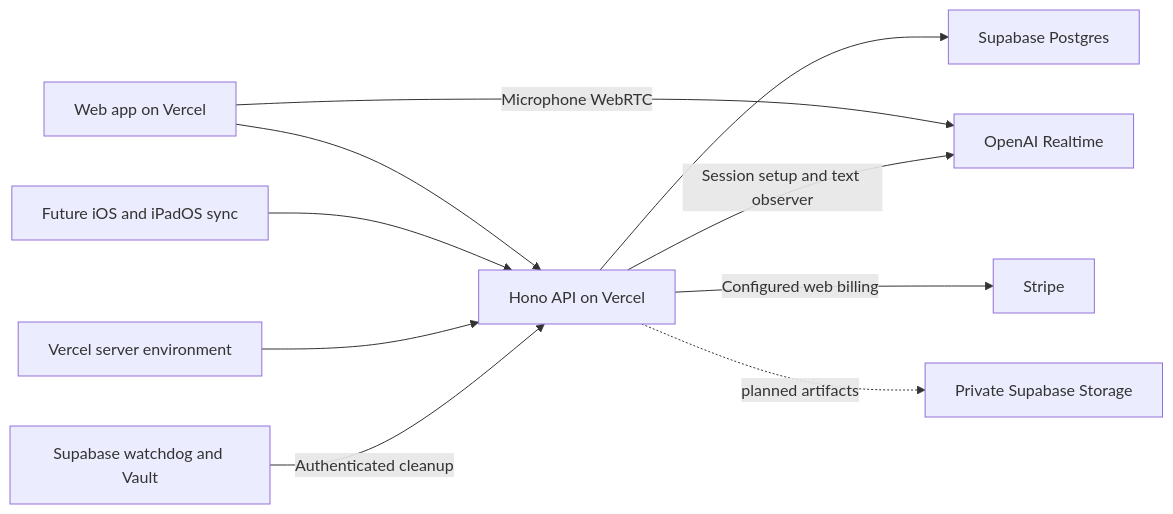
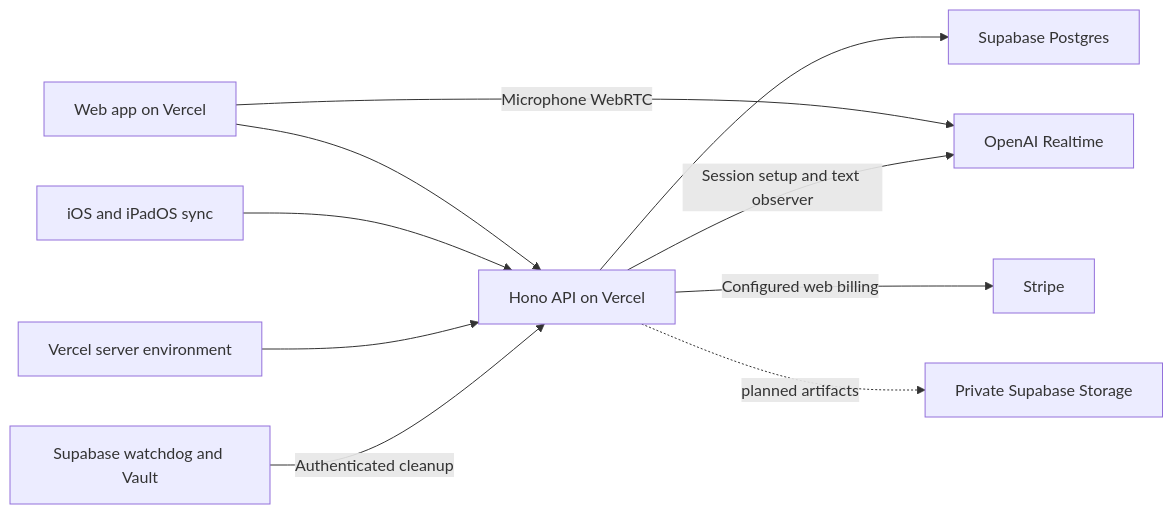
One commit to ThinkHale/Sideleaf changed the diagram in docs/hosting-secrets.md. Above: the diagram before and after it, drawn with Mermaid. The commit also changed other lines of this file and 23 other files, not shown here.

Commit message:
Add native sync, transcription, and release metadata

````diff
--- a/docs/hosting-secrets.md
+++ b/docs/hosting-secrets.md
@@ -9,12 +9,12 @@
 ```mermaid
 flowchart LR
   Web[Web app on Vercel] --> API[Hono API on Vercel]
-  Native[Future iOS and iPadOS sync] --> API
+  Native[iOS and iPadOS sync] --> API
   Secrets[Vercel server environment] --> API
   API --> DB[Supabase Postgres]
   Web -->|Microphone WebRTC| AI[OpenAI Realtime]
   API -->|Session setup and text observer| AI
   API -->|Configured web billing| Stripe[Stripe]
   Cron[Supabase watchdog and Vault] -->|Authenticated cleanup| API
   API -. planned artifacts .-> Files[Private Supabase Storage]
 ```
````
